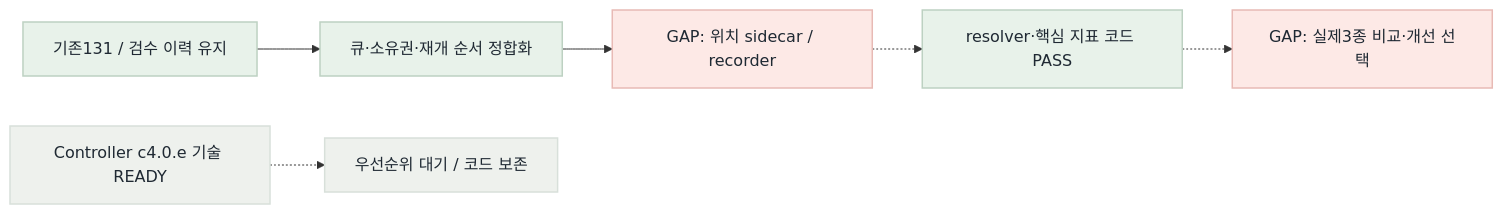
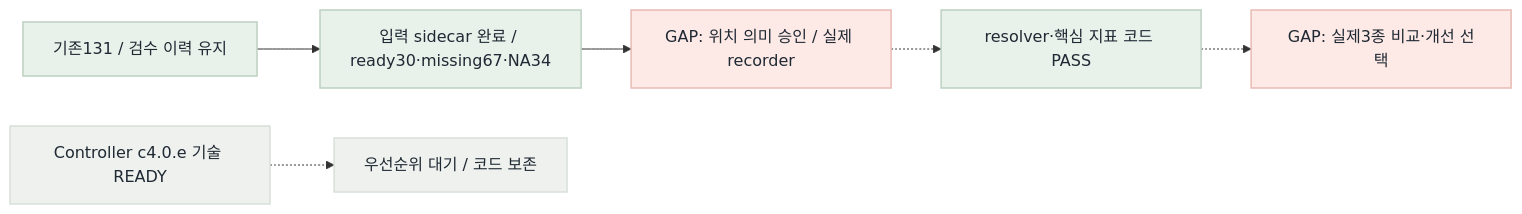
The diagram in fivecircles/work/2026-09-05-search-first-relay-current-flow.mmd (KongSeok/sprint-public-procurement-rag-assistant), drawn with Mermaid before and after one commit. The commit also changed 12 other files, not shown here.

```diff
--- a/fivecircles/work/2026-09-05-search-first-relay-current-flow.mmd
+++ b/fivecircles/work/2026-09-05-search-first-relay-current-flow.mmd
@@ -1,12 +1,12 @@
 flowchart LR
-  A["기존131 / 검수 이력 유지"] --> B["큐·소유권·재개 순서 정합화"]
-  B --> C["GAP: 위치 sidecar / recorder"]
+  A["기존131 / 검수 이력 유지"] --> B["입력 sidecar 완료 / ready30·missing67·NA34"]
+  B --> C["GAP: 위치 의미 승인 / 실제 recorder"]
   C -.-> D["resolver·핵심 지표 코드 PASS"]
   D -.-> E["GAP: 실제3종 비교·개선 선택"]
   F["Controller c4.0.e 기술 READY"] -.-> G["우선순위 대기 / 코드 보존"]
   classDef green fill:#e8f2ea,stroke:#bdd1c2,color:#1f2933,stroke-width:1.5px
   classDef red fill:#fde9e6,stroke:#e8bab5,color:#1f2933,stroke-width:1.5px
   classDef gray fill:#eef1ed,stroke:#d8e0da,color:#1f2933,stroke-width:1.5px
   class A,B,D green
   class C,E red
   class F,G gray
```
